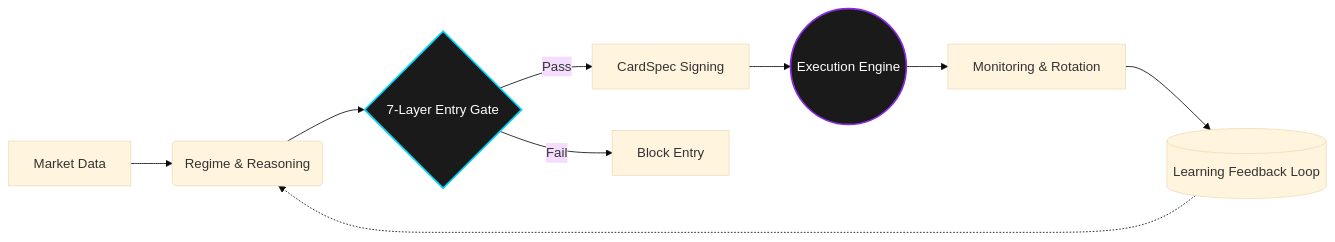
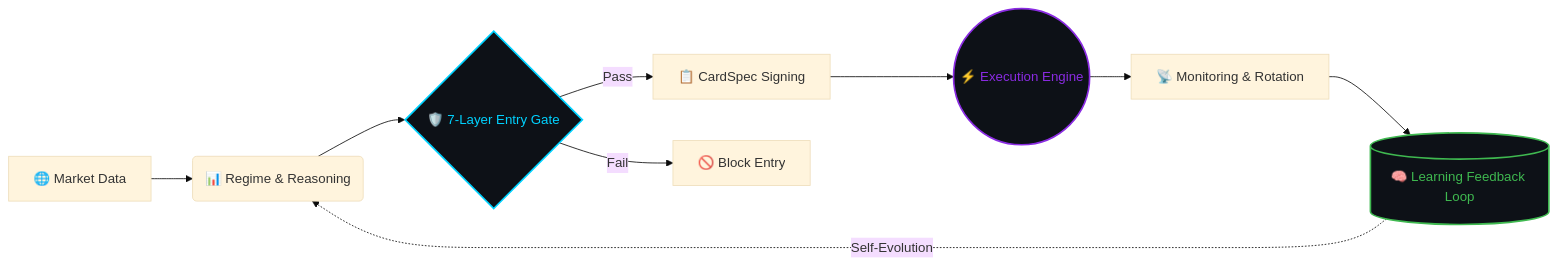
Before and after one commit to dros-core/deep-reasoning-os: the diagram in README.md, drawn with Mermaid (base theme). The commit also changed other lines of this file, not shown here.

````diff
--- a/README.md
+++ b/README.md
@@ -42,14 +53,15 @@
 ```mermaid
 graph LR
-    A[Market Data] --> B(Regime & Reasoning)
-    B --> C{7-Layer Entry Gate}
-    C -- Pass --> D[CardSpec Signing]
-    C -- Fail --> X[Block Entry]
-    D --> E((Execution Engine))
-    E --> F[Monitoring & Rotation]
-    F --> G[(Learning Feedback Loop)]
-    G -.-> B
-    
-    style C fill:#1a1a1a,stroke:#00D2FF,stroke-width:2px,color:#fff
-    style E fill:#1a1a1a,stroke:#8A2BE2,stroke-width:2px,color:#fff
+    A[🌐 Market Data] --> B(📊 Regime & Reasoning)
+    B --> C{🛡️ 7-Layer Entry Gate}
+    C -- Pass --> D[📋 CardSpec Signing]
+    C -- Fail --> X[🚫 Block Entry]
+    D --> E((⚡ Execution Engine))
+    E --> F[📡 Monitoring & Rotation]
+    F --> G[(🧠 Learning Feedback Loop)]
+    G -.->|Self-Evolution| B
+
+    style C fill:#0d1117,stroke:#00D2FF,stroke-width:2px,color:#00D2FF
+    style E fill:#0d1117,stroke:#8A2BE2,stroke-width:2px,color:#8A2BE2
+    style G fill:#0d1117,stroke:#3FB950,stroke-width:2px,color:#3FB950
 ```
````
